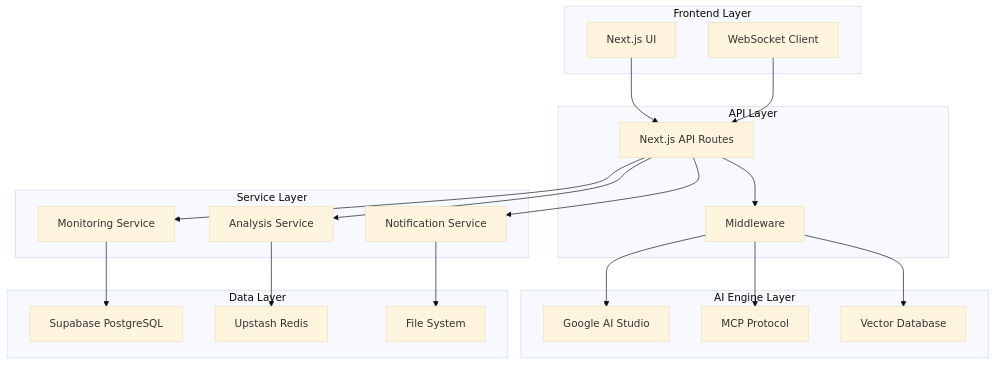
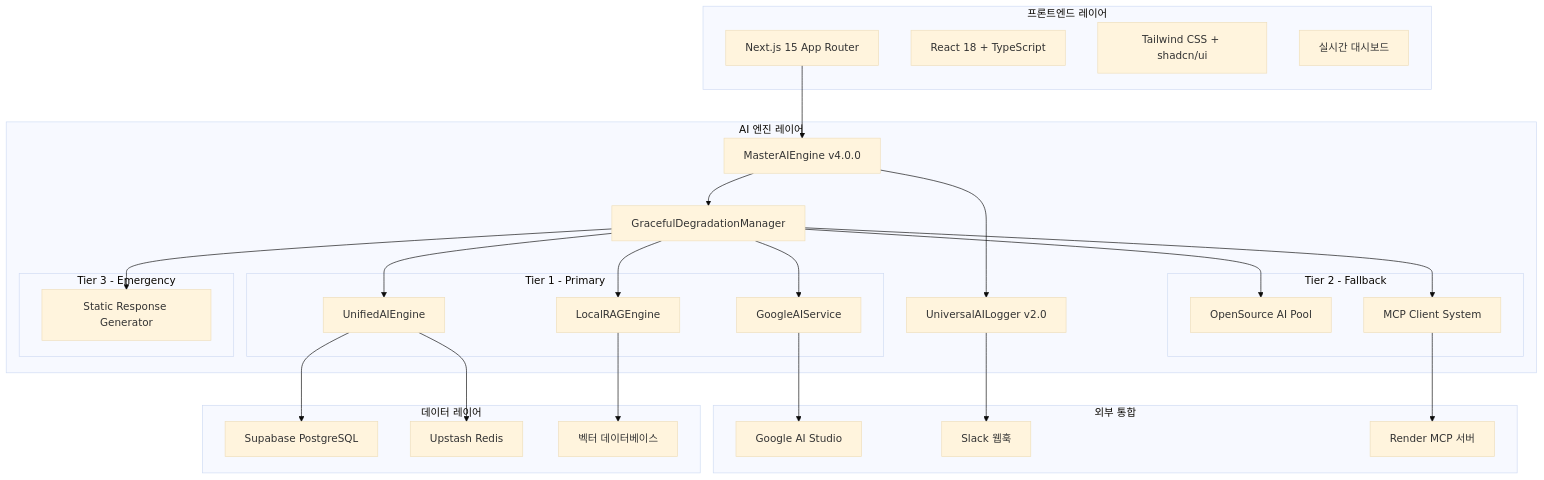
The first of 2 diagrams in docs/ARCHITECTURE.md (skyasu2/openmanager-vibe-v5), drawn with Mermaid (base theme) before and after one commit. The commit also changed other lines of this file and 44 other files, not shown here.

````diff
--- a/docs/ARCHITECTURE.md
+++ b/docs/ARCHITECTURE.md
@@ -19,43 +32,58 @@
 ```mermaid
 graph TB
-    subgraph "Frontend Layer"
-        UI[Next.js UI]
-        WS[WebSocket Client]
+    subgraph "프론트엔드 레이어"
+        A[Next.js 15 App Router]
+        B[React 18 + TypeScript]
+        C[Tailwind CSS + shadcn/ui]
+        D[실시간 대시보드]
     end
 
-    subgraph "API Layer"
-        API[Next.js API Routes]
-        MW[Middleware]
+    subgraph "AI 엔진 레이어"
+        E[MasterAIEngine v4.0.0]
+        F[GracefulDegradationManager]
+        G[UniversalAILogger v2.0]
+
+        subgraph "Tier 1 - Primary"
+            H[GoogleAIService]
+            I[UnifiedAIEngine]
+            J[LocalRAGEngine]
+        end
+
+        subgraph "Tier 2 - Fallback"
+            K[OpenSource AI Pool]
+            L[MCP Client System]
+        end
+
+        subgraph "Tier 3 - Emergency"
+            M[Static Response Generator]
+        end
     end
 
-    subgraph "AI Engine Layer"
-        GAI[Google AI Studio]
-        MCP[MCP Protocol]
-        VDB[Vector Database]
+    subgraph "데이터 레이어"
+        N[Supabase PostgreSQL]
+        O[Upstash Redis]
+        P[벡터 데이터베이스]
     end
 
-    subgraph "Service Layer"
-        MS[Monitoring Service]
-        AS[Analysis Service]
-        NS[Notification Service]
+    subgraph "외부 통합"
+        Q[Google AI Studio]
+        R[Slack 웹훅]
+        S[Render MCP 서버]
     end
 
-    subgraph "Data Layer"
-        SUP[Supabase PostgreSQL]
-        RED[Upstash Redis]
-        FS[File System]
-    end
-
-    UI --> API
-    WS --> API
-    API --> MW
-    MW --> GAI
-    MW --> MCP
-    MW --> VDB
-    API --> MS
-    API --> AS
-    API --> NS
-    MS --> SUP
-    AS --> RED
-    NS --> FS
+    A --> E
+    E --> F
+    F --> H
+    F --> I
+    F --> J
+    F --> K
+    F --> L
+    F --> M
+    E --> G
+    H --> Q
+    I --> N
+    I --> O
+    J --> P
+    G --> R
+    L --> S
 ```
````
